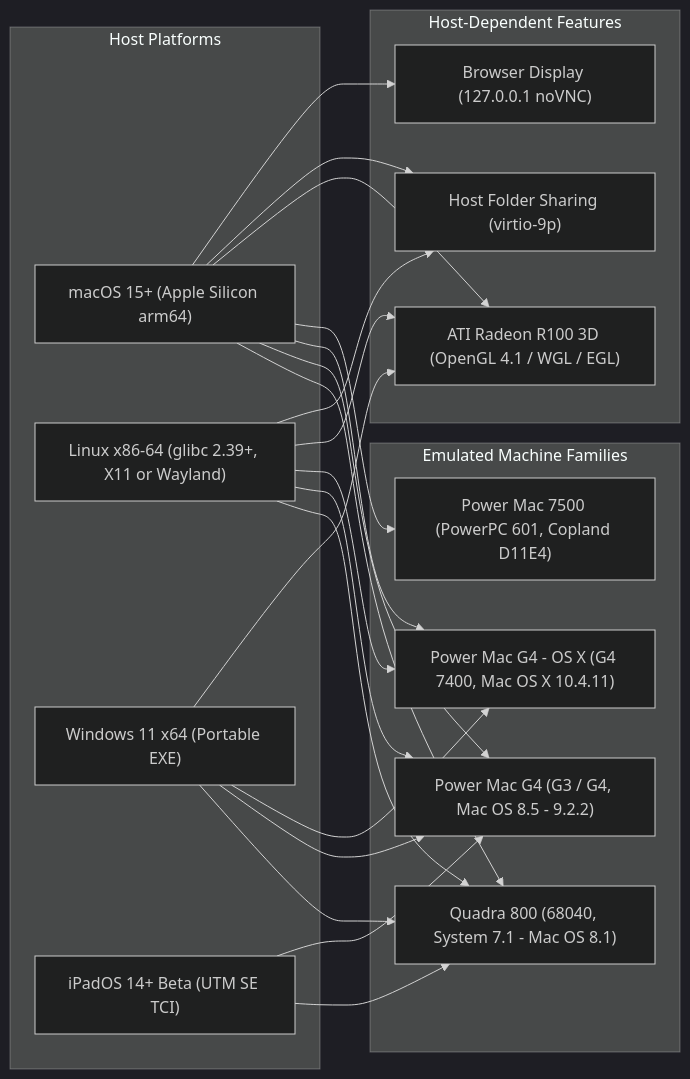
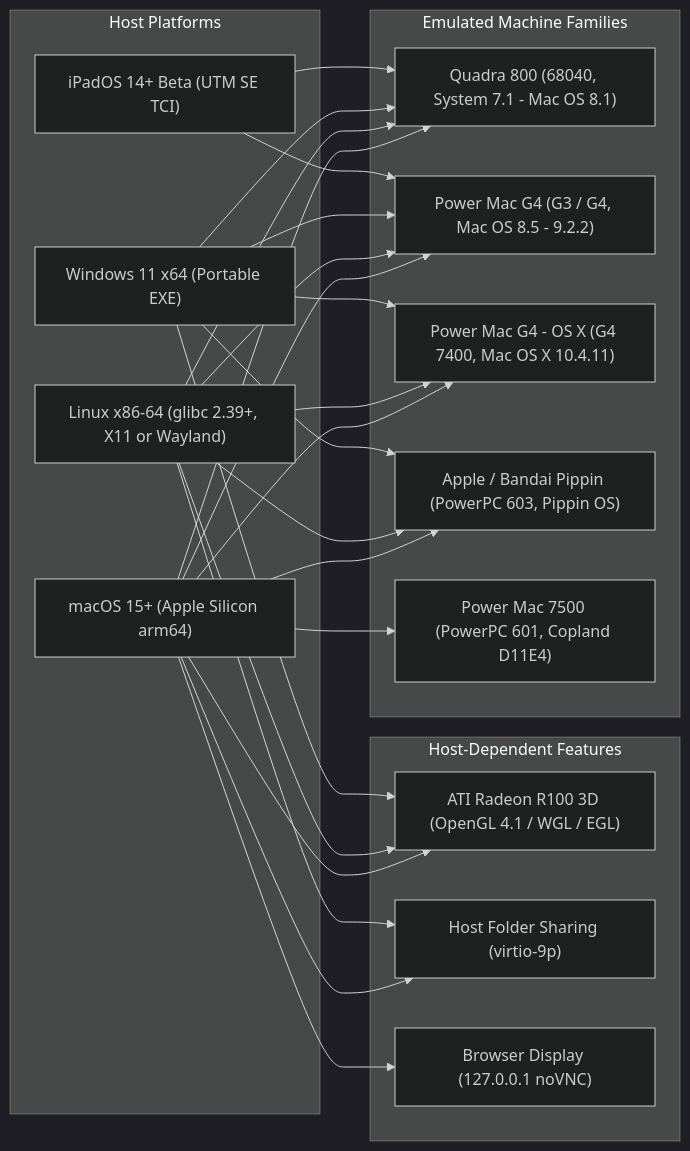
One commit to amcchord/ClassicMac changed the diagram in docs/manual/01-system-requirements.md. Above: the diagram before and after it, drawn with Mermaid (dark theme). The commit also changed other lines of this file and 84 other files, not shown here.

First line of the commit message:
ClassicMac 5.0: native Apple / Bandai Pippin support, controls, and icons

````diff
--- a/docs/manual/01-system-requirements.md
+++ b/docs/manual/01-system-requirements.md
@@ -36,44 +36,48 @@
 ```mermaid
 flowchart LR
     subgraph Hosts["Host Platforms"]
         MAC["macOS 15+ (Apple Silicon arm64)"]
         LIN["Linux x86-64 (glibc 2.39+, X11 or Wayland)"]
         WIN["Windows 11 x64 (Portable EXE)"]
         IPAD["iPadOS 14+ Beta (UTM SE TCI)"]
     end
 
     subgraph Guests["Emulated Machine Families"]
         Q800["Quadra 800 (68040, System 7.1 - Mac OS 8.1)"]
         PMG4["Power Mac G4 (G3 / G4, Mac OS 8.5 - 9.2.2)"]
         OSX["Power Mac G4 - OS X (G4 7400, Mac OS X 10.4.11)"]
+        PIP["Apple / Bandai Pippin (PowerPC 603, Pippin OS)"]
         COP["Power Mac 7500 (PowerPC 601, Copland D11E4)"]
     end
 
     subgraph Extras["Host-Dependent Features"]
         ATI["ATI Radeon R100 3D (OpenGL 4.1 / WGL / EGL)"]
         SH["Host Folder Sharing (virtio-9p)"]
         BR["Browser Display (127.0.0.1 noVNC)"]
     end
 
     MAC --> Q800
     MAC --> PMG4
     MAC --> OSX
+    MAC --> PIP
     MAC --> COP
     MAC --> ATI
     MAC --> SH
     MAC --> BR
 
     LIN --> Q800
     LIN --> PMG4
     LIN --> OSX
+    LIN --> PIP
     LIN --> ATI
     LIN --> SH
 
     WIN --> Q800
     WIN --> PMG4
     WIN --> OSX
+    WIN --> PIP
     WIN --> ATI
 
     IPAD --> Q800
     IPAD --> PMG4
 ```
````
